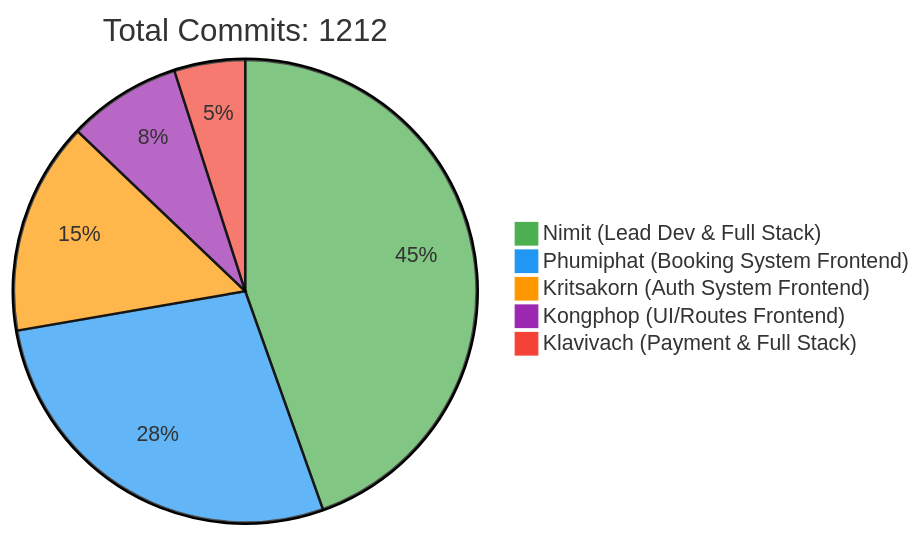
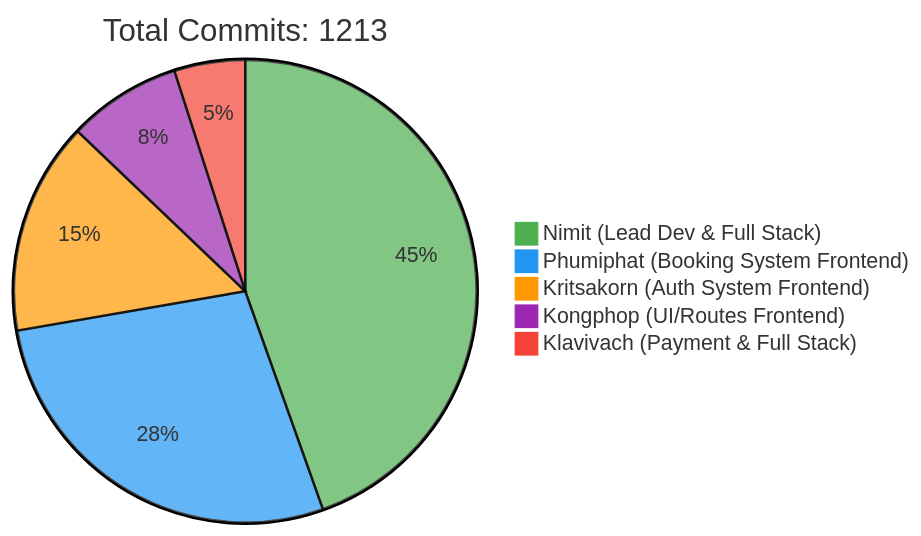
The first of 2 diagrams in README.md (6531503042/Sport-Complex), drawn with Mermaid before and after one commit. The commit also changed other lines of this file, not shown here.

Commit message:
docs: Update contributor statistics [skip ci]

````diff
--- a/README.md
+++ b/README.md
@@ -257,10 +257,10 @@
 ```mermaid
 %%{init: {'theme': 'base', 'themeVariables': { 'pie1': '#4CAF50', 'pie2': '#2196F3', 'pie3': '#FF9800', 'pie4': '#9C27B0', 'pie5': '#F44336'}}}%%
 pie
-    title Total Commits: 1212
+    title Total Commits: 1213
     "Nimit (Lead Dev & Full Stack)" : 450
     "Phumiphat (Booking System Frontend)" : 280
     "Kritsakorn (Auth System Frontend)" : 150
     "Kongphop (UI/Routes Frontend)" : 80
     "Klavivach (Payment & Full Stack)" : 50
 ```
````
